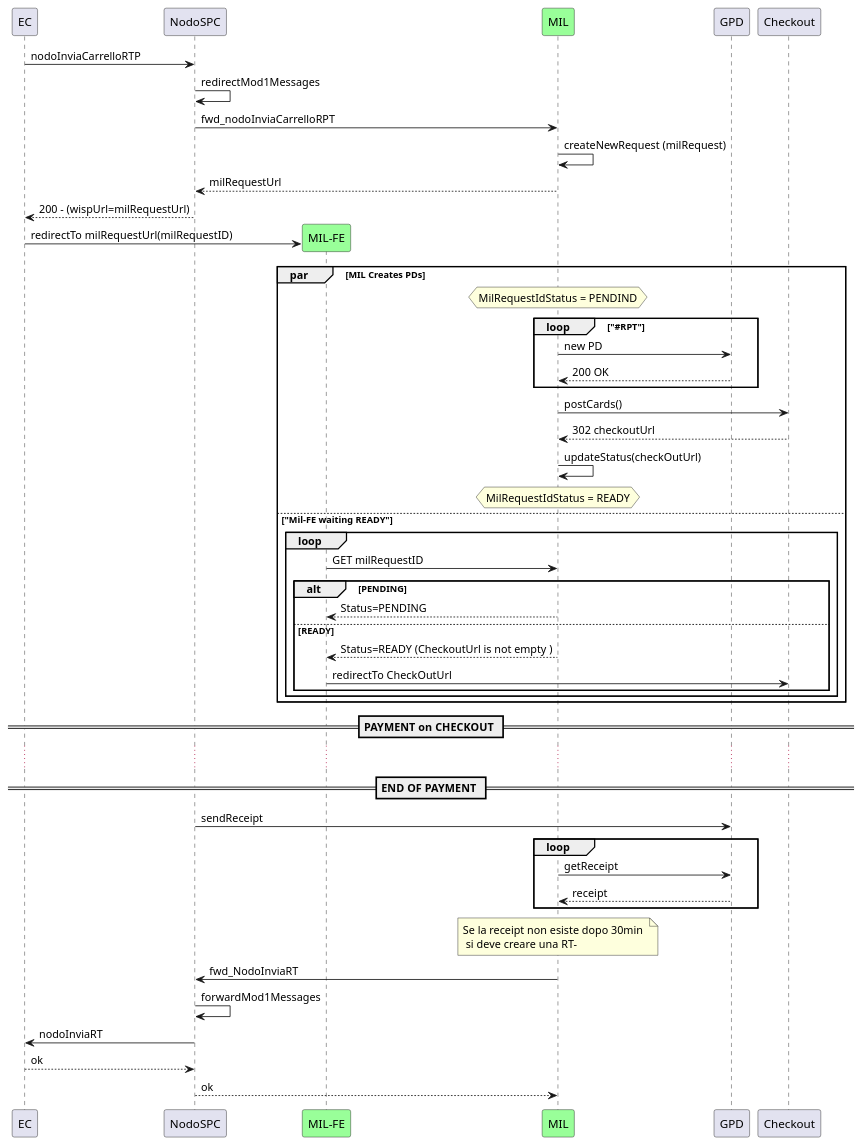
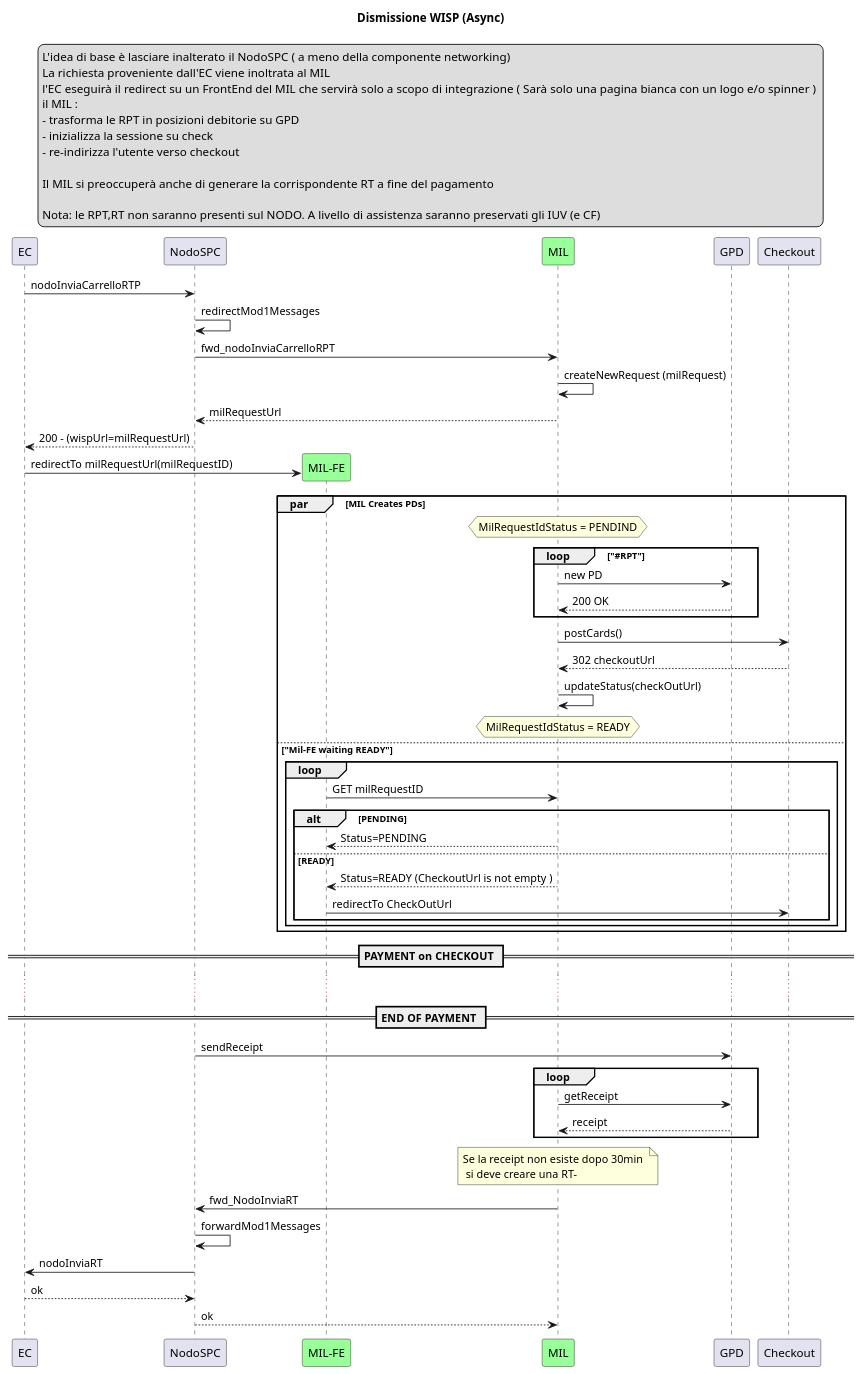
Before and after one commit to pagopa/mil-diags: the diagram in pospa/sd_checkout_async.puml, drawn with PlantUML.

Commit message:
add description

```diff
--- a/pospa/sd_checkout_async.puml
+++ b/pospa/sd_checkout_async.puml
@@ -1,74 +1,90 @@
 @startuml 
+title Dismissione WISP (Async)
+
+legend top 
+  L'idea di base è lasciare inalterato il NodoSPC ( a meno della componente networking)
+  La richiesta proveniente dall'EC viene inoltrata al MIL
+  l'EC eseguirà il redirect su un FrontEnd del MIL che servirà solo a scopo di integrazione ( Sarà solo una pagina bianca con un logo e/o spinner ) 
+  il MIL : 
+  - trasforma le RPT in posizioni debitorie su GPD
+  - inizializza la sessione su check
+  - re-indirizza l'utente verso checkout
+
+  Il MIL si preoccuperà anche di generare la corrispondente RT a fine del pagamento
+
+  Nota: le RPT,RT non saranno presenti sul NODO. A livello di assistenza saranno preservati gli IUV (e CF)  
+end legend
+
 
 participant "EC" as ec
 participant "NodoSPC" as pagopa 
 participant "MIL-FE" as mil_fe #99FF99
 participant "MIL" as mil #99FF99
 
 participant "GPD" as gpd
 participant "Checkout" as checkout 
 
 
 
 ec -> pagopa : nodoInviaCarrelloRTP
 pagopa -> pagopa : redirectMod1Messages
 pagopa -> mil : fwd_nodoInviaCarrelloRPT
 mil -> mil : createNewRequest (milRequest)
 mil --> pagopa : milRequestUrl
 
 pagopa --> ec : 200 - (wispUrl=milRequestUrl)
 
 Create mil_fe
 ec -> mil_fe : redirectTo milRequestUrl(milRequestID)
 
 
 par MIL Creates PDs 
     hnote over mil : MilRequestIdStatus = PENDIND
     loop "#RPT"
     mil -> gpd : new PD
     gpd --> mil : 200 OK 
     end  
 
     mil -> checkout : postCards()
     checkout --> mil : 302 checkoutUrl
     mil -> mil : updateStatus(checkOutUrl) 
     hnote over mil : MilRequestIdStatus = READY
 
  else "Mil-FE waiting READY"
  loop 
   mil_fe -> mil : GET milRequestID
   alt PENDING
   mil --> mil_fe : Status=PENDING
   else READY
   mil --> mil_fe : Status=READY (CheckoutUrl is not empty ) 
   mil_fe -> checkout : redirectTo CheckOutUrl 
   end
   end 
 end
 
 == PAYMENT on CHECKOUT ==
 ... 
 ==END OF PAYMENT ==
 pagopa -> gpd : sendReceipt
 loop 
 mil -> gpd : getReceipt
 gpd --> mil : receipt 
 end 
 
 note over mil : Se la receipt non esiste dopo 30min \n si deve creare una RT-
 mil -> pagopa : fwd_NodoInviaRT
 pagopa -> pagopa : forwardMod1Messages
 pagopa -> ec : nodoInviaRT
 ec --> pagopa : ok
 pagopa --> mil  : ok 
 
 
 
 
 
 
 
 
 
 
 @enduml 
```
